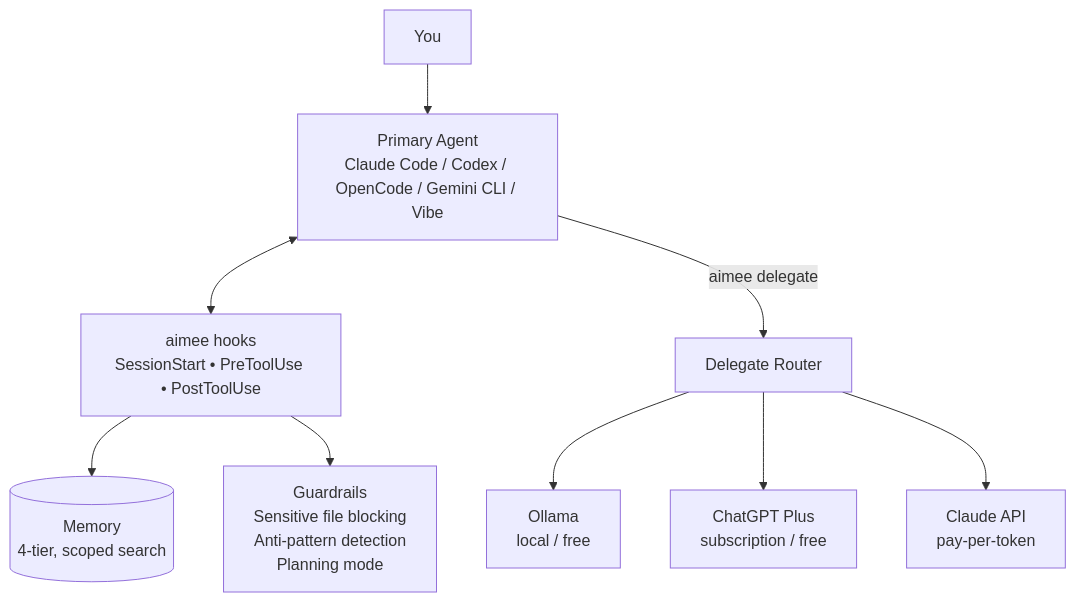
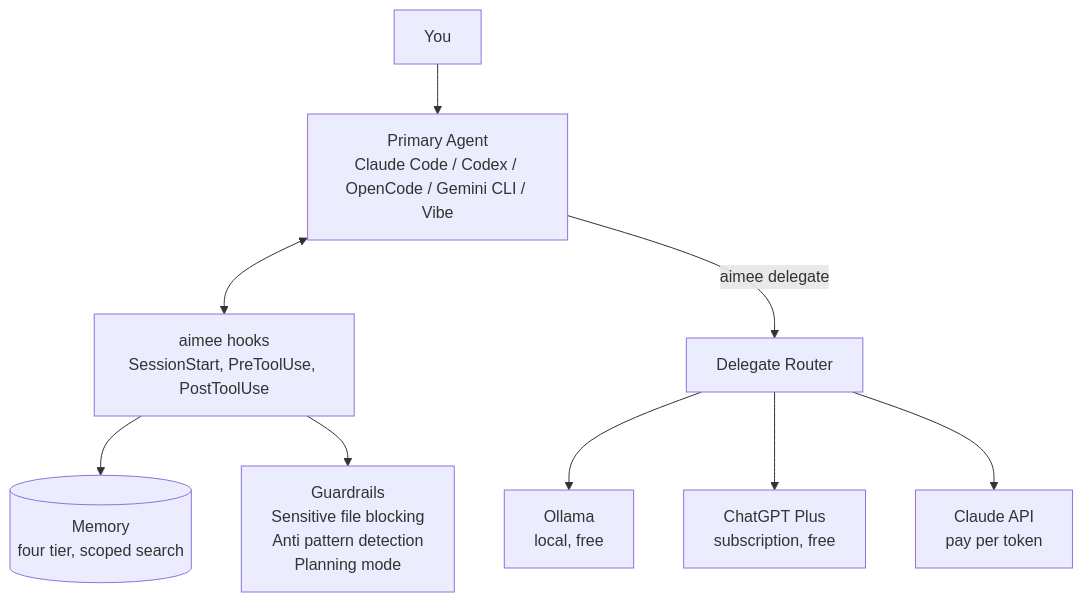
One commit to AsobaCloud/nehanda-cli changed the diagram in README.md. Above: the diagram before and after it, drawn with Mermaid. The commit also changed other lines of this file, not shown here.

````diff
--- a/README.md
+++ b/README.md
@@ -55,22 +73,22 @@
 ```mermaid
 graph TB
     User["You"]
     PA["Primary Agent<br/>Claude Code / Codex / OpenCode / Gemini CLI / Vibe"]
-    Hooks["aimee hooks<br/>SessionStart &bull; PreToolUse &bull; PostToolUse"]
-    Memory[("Memory<br/>4-tier, scoped search")]
-    Guard["Guardrails<br/>Sensitive file blocking<br/>Anti-pattern detection<br/>Planning mode"]
+    Hooks["aimee hooks<br/>SessionStart, PreToolUse, PostToolUse"]
+    Memory[("Memory<br/>four tier, scoped search")]
+    Guard["Guardrails<br/>Sensitive file blocking<br/>Anti pattern detection<br/>Planning mode"]
     Router["Delegate Router"]
 
-    D1["Ollama<br/>local / free"]
-    D2["ChatGPT Plus<br/>subscription / free"]
-    D3["Claude API<br/>pay-per-token"]
+    D1["Ollama<br/>local, free"]
+    D2["ChatGPT Plus<br/>subscription, free"]
+    D3["Claude API<br/>pay per token"]
 
     User --> PA
     PA <--> Hooks
     Hooks --> Memory
     Hooks --> Guard
     PA -->|"aimee delegate"| Router
     Router --> D1
     Router --> D2
     Router --> D3
 ```
````
